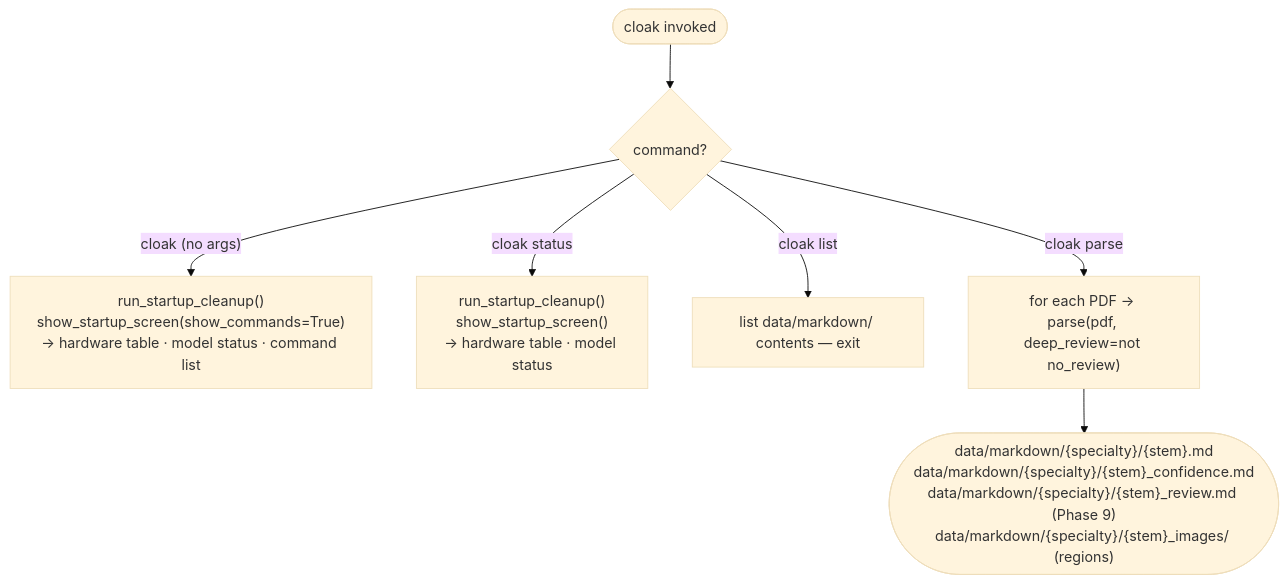
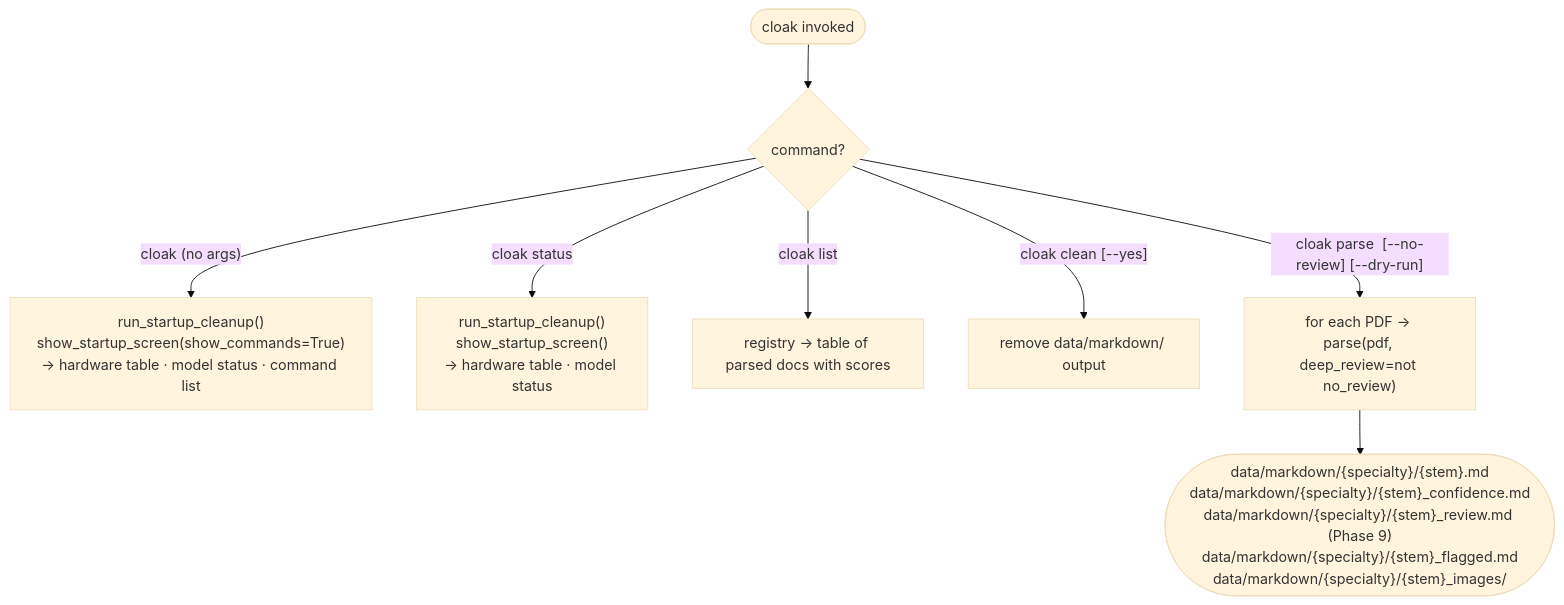
One commit to prashanth-ds-ml/cloak changed the first of 6 diagrams in docs/ARCHITECTURE.md. Above: the diagram before and after it, drawn with Mermaid (base theme). The commit also changed other lines of this file and 55 other files, not shown here.

````diff
--- a/docs/ARCHITECTURE.md
+++ b/docs/ARCHITECTURE.md
@@ -18,10 +18,11 @@
 ```mermaid
 flowchart TD
     A([cloak invoked]) --> B{command?}
 
     B -->|"cloak (no args)"| C["run_startup_cleanup()\nshow_startup_screen(show_commands=True)\n→ hardware table · model status · command list"]
     B -->|"cloak status"| D["run_startup_cleanup()\nshow_startup_screen()\n→ hardware table · model status"]
-    B -->|"cloak list"| E["list data/markdown/ contents — exit"]
-    B -->|"cloak parse <pdf|dir>"| F["for each PDF → parse(pdf, deep_review=not no_review)"]
-    F --> G(["data/markdown/{specialty}/{stem}.md\ndata/markdown/{specialty}/{stem}_confidence.md\ndata/markdown/{specialty}/{stem}_review.md (Phase 9)\ndata/markdown/{specialty}/{stem}_images/ (regions)"])
+    B -->|"cloak list"| E["registry → table of parsed docs with scores"]
+    B -->|"cloak clean [--yes]"| CL["remove data/markdown/ output"]
+    B -->|"cloak parse <pdf|dir> [--no-review] [--dry-run]"| F["for each PDF → parse(pdf, deep_review=not no_review)"]
+    F --> G(["data/markdown/{specialty}/{stem}.md\ndata/markdown/{specialty}/{stem}_confidence.md\ndata/markdown/{specialty}/{stem}_review.md (Phase 9)\ndata/markdown/{specialty}/{stem}_flagged.md\ndata/markdown/{specialty}/{stem}_images/"])
 ```
````
